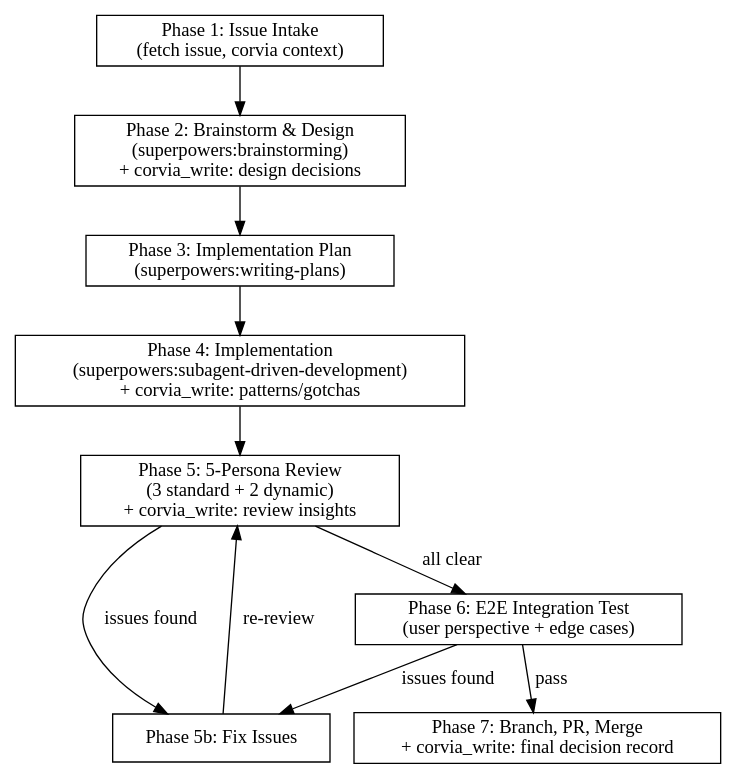
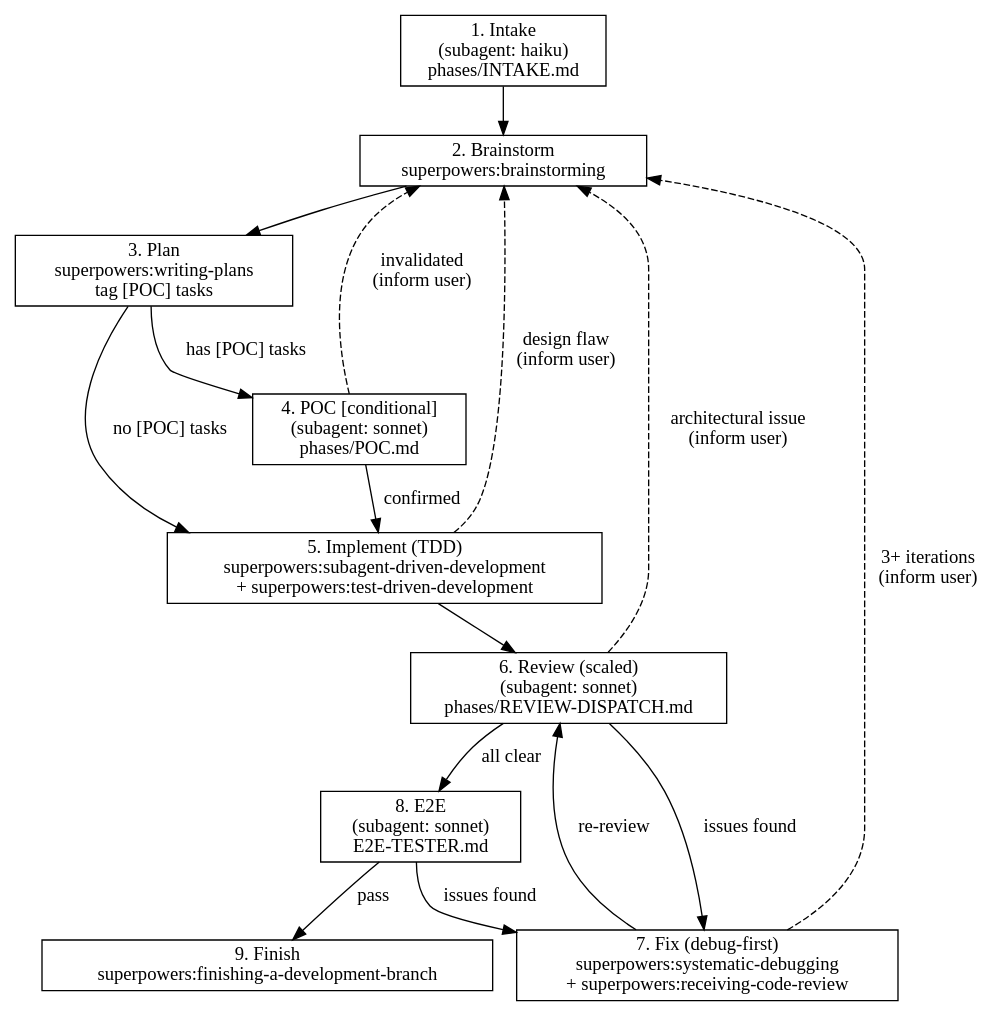
The diagram in .agents/skills/dev-loop/SKILL.md (chunzhe10/corvia-workspace), drawn with Graphviz before and after one commit. The commit also changed other lines of this file and 13 other files, not shown here.

````diff
--- a/.agents/skills/dev-loop/SKILL.md
+++ b/.agents/skills/dev-loop/SKILL.md
@@ -33,25 +21,33 @@
 ```dot
 digraph dev_loop {
     rankdir=TB;
     node [shape=box];
 
-    intake [label="Phase 1: Issue Intake\n(fetch issue, corvia context)"];
-    brainstorm [label="Phase 2: Brainstorm & Design\n(superpowers:brainstorming)\n+ corvia_write: design decisions"];
-    plan [label="Phase 3: Implementation Plan\n(superpowers:writing-plans)"];
-    implement [label="Phase 4: Implementation\n(superpowers:subagent-driven-development)\n+ corvia_write: patterns/gotchas"];
-    review [label="Phase 5: 5-Persona Review\n(3 standard + 2 dynamic)\n+ corvia_write: review insights"];
-    fix [label="Phase 5b: Fix Issues"];
-    e2e [label="Phase 6: E2E Integration Test\n(user perspective + edge cases)"];
-    finish [label="Phase 7: Branch, PR, Merge\n+ corvia_write: final decision record"];
+    intake [label="1. Intake\n(subagent: haiku)\nphases/INTAKE.md"];
+    brainstorm [label="2. Brainstorm\nsuperpowers:brainstorming"];
+    plan [label="3. Plan\nsuperpowers:writing-plans\ntag [POC] tasks"];
+    poc [label="4. POC [conditional]\n(subagent: sonnet)\nphases/POC.md"];
+    implement [label="5. Implement (TDD)\nsuperpowers:subagent-driven-development\n+ superpowers:test-driven-development"];
+    review [label="6. Review (scaled)\n(subagent: sonnet)\nphases/REVIEW-DISPATCH.md"];
+    fix [label="7. Fix (debug-first)\nsuperpowers:systematic-debugging\n+ superpowers:receiving-code-review"];
+    e2e [label="8. E2E\n(subagent: sonnet)\nE2E-TESTER.md"];
+    finish [label="9. Finish\nsuperpowers:finishing-a-development-branch"];
 
     intake -> brainstorm;
     brainstorm -> plan;
-    plan -> implement;
+    plan -> poc [label="has [POC] tasks"];
+    plan -> implement [label="no [POC] tasks"];
+    poc -> implement [label="confirmed"];
+    poc -> brainstorm [label="invalidated\n(inform user)" style=dashed];
     implement -> review;
     review -> fix [label="issues found"];
     review -> e2e [label="all clear"];
     fix -> review [label="re-review"];
     e2e -> fix [label="issues found"];
     e2e -> finish [label="pass"];
+
+    implement -> brainstorm [label="design flaw\n(inform user)" style=dashed];
+    review -> brainstorm [label="architectural issue\n(inform user)" style=dashed];
+    fix -> brainstorm [label="3+ iterations\n(inform user)" style=dashed];
 }
 ```
````
